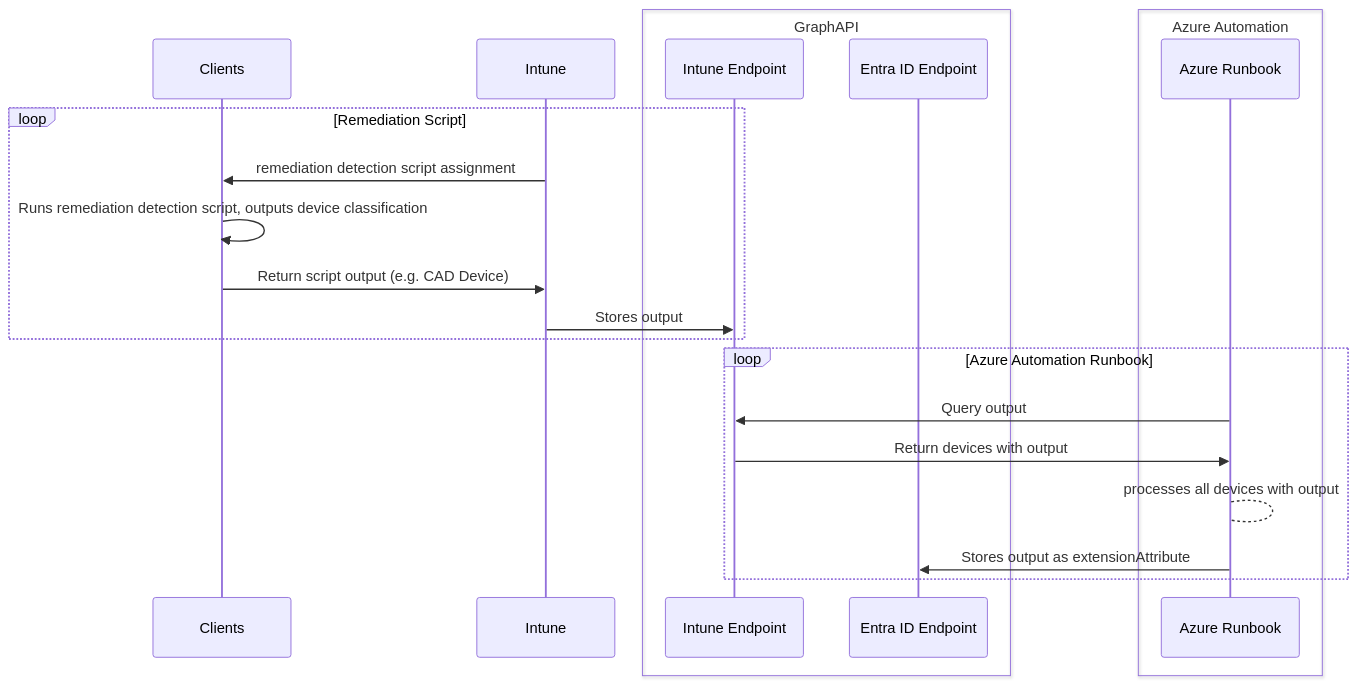
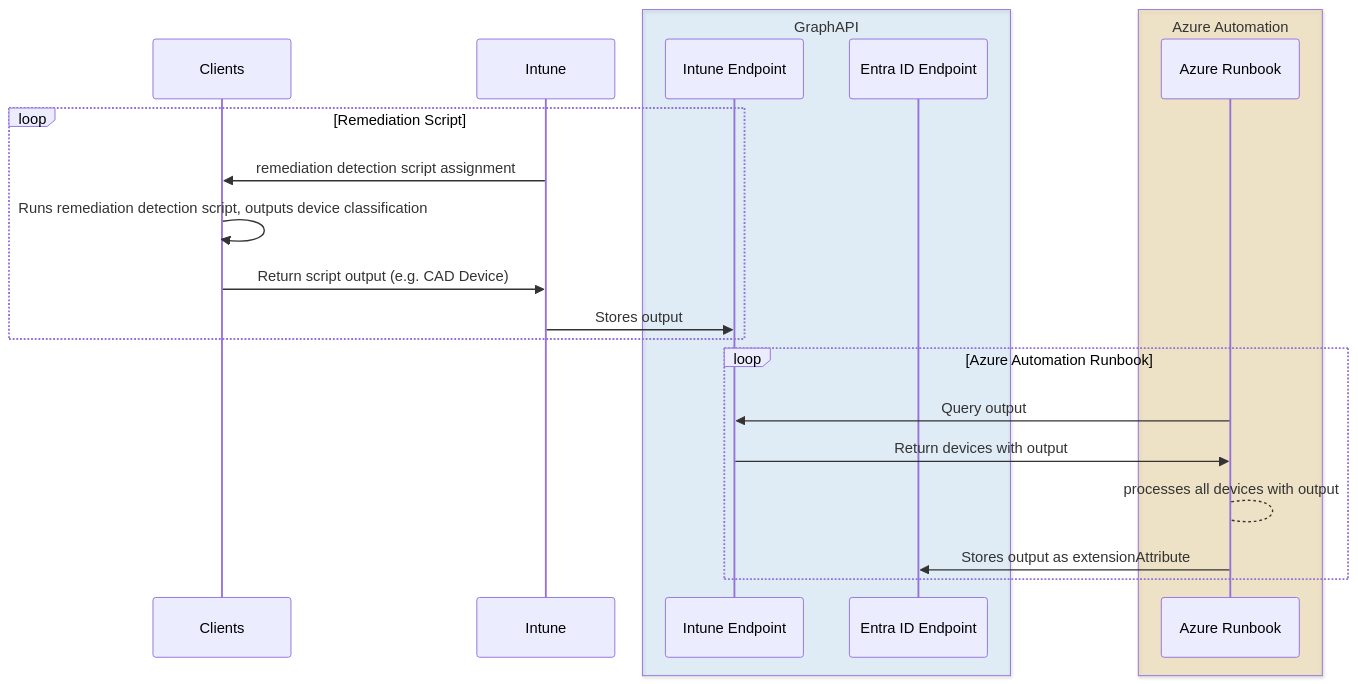
The diagram in README.md (MrWyss-MSFT/IntuneDeviceClassification), drawn with Mermaid before and after one commit.

Commit message:
Mermaid improve visibility

````diff
--- a/README.md
+++ b/README.md
@@ -24,25 +24,27 @@
 ```mermaid
 sequenceDiagram
 participant Clients
+box rgba(0, 120, 212, .1) GraphAPI
+end
 participant Intune
-box transparent GraphAPI
+box rgba(0, 120, 212, .1) GraphAPI
 participant Intune Endpoint
 participant Entra ID Endpoint
 end
-box transparent Azure Automation
+box rgba(241, 204, 111, .3) Azure Automation
 participant Azure Runbook
 end
 
 loop Remediation Script
 Intune->>Clients: remediation detection script assignment
 Clients->>Clients: Runs remediation detection script, outputs device classification
 Clients->>Intune: Return script output (e.g. CAD Device)
 Intune->>Intune Endpoint: Stores output
 end
 loop Azure Automation Runbook
     Azure Runbook->>Intune Endpoint: Query output
     Intune Endpoint->>Azure Runbook: Return devices with output
     Azure Runbook-->Azure Runbook:  processes all devices with output
     Azure Runbook->>Entra ID Endpoint: Stores output as extensionAttribute
 end
 ```
````
